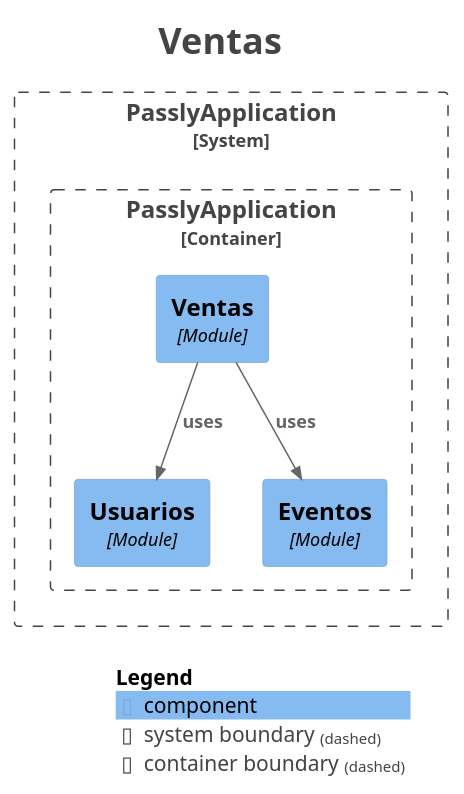
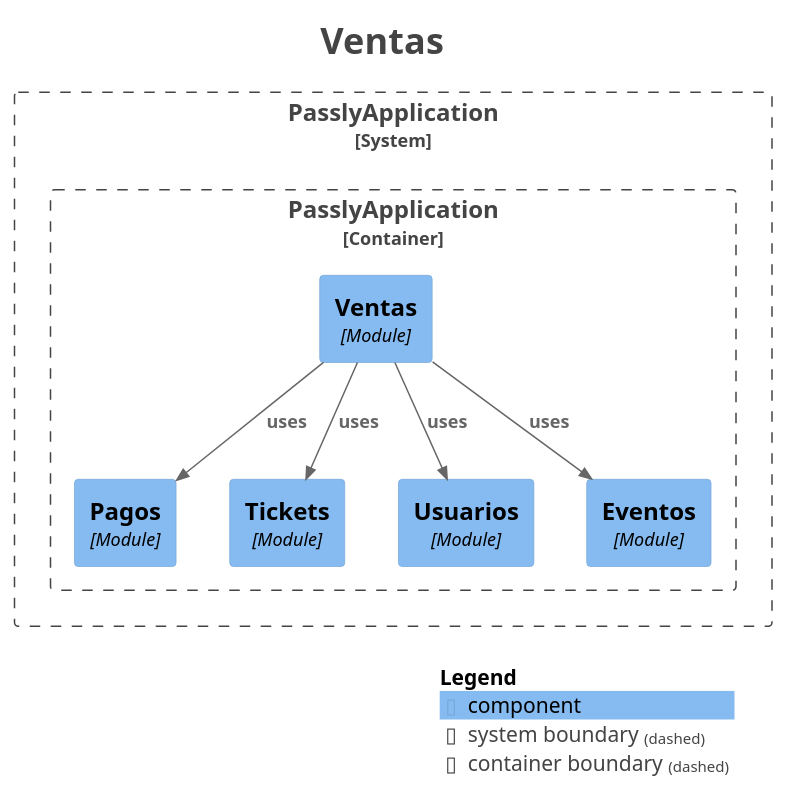
The diagram in docs/modulith/module-ventas.puml (SimonForteza/Passly), drawn with PlantUML before and after one commit. The commit also changed 39 other files, not shown here.

```diff
--- a/docs/modulith/module-ventas.puml
+++ b/docs/modulith/module-ventas.puml
@@ -1,32 +1,36 @@
 @startuml
 title <size:24>Ventas</size>
 
 set separator none
 top to bottom direction
 
 <style>
   root {
     BackgroundColor: #ffffff
     FontColor: #444444
   }
 </style>
 
 !include <C4/C4>
 !include <C4/C4_Context>
 !include <C4/C4_Component>
 
 System_Boundary("PasslyApplication_boundary", "PasslyApplication", $tags="") {
   Container_Boundary("PasslyApplication.PasslyApplication_boundary", "PasslyApplication", $tags="") {
+    Component(PasslyApplication.PasslyApplication.Ventas, "Ventas", $techn="Module", $descr="", $tags="", $link="")
+    Component(PasslyApplication.PasslyApplication.Pagos, "Pagos", $techn="Module", $descr="", $tags="", $link="")
+    Component(PasslyApplication.PasslyApplication.Tickets, "Tickets", $techn="Module", $descr="", $tags="", $link="")
     Component(PasslyApplication.PasslyApplication.Usuarios, "Usuarios", $techn="Module", $descr="", $tags="", $link="")
     Component(PasslyApplication.PasslyApplication.Eventos, "Eventos", $techn="Module", $descr="", $tags="", $link="")
-    Component(PasslyApplication.PasslyApplication.Ventas, "Ventas", $techn="Module", $descr="", $tags="", $link="")
   }
 
 }
 
 Rel(PasslyApplication.PasslyApplication.Ventas, PasslyApplication.PasslyApplication.Eventos, "uses", $techn="", $tags="", $link="")
+Rel(PasslyApplication.PasslyApplication.Ventas, PasslyApplication.PasslyApplication.Tickets, "uses", $techn="", $tags="", $link="")
+Rel(PasslyApplication.PasslyApplication.Ventas, PasslyApplication.PasslyApplication.Pagos, "uses", $techn="", $tags="", $link="")
 Rel(PasslyApplication.PasslyApplication.Ventas, PasslyApplication.PasslyApplication.Usuarios, "uses", $techn="", $tags="", $link="")
 
 SHOW_LEGEND(true)
 hide stereotypes
 @enduml
```
